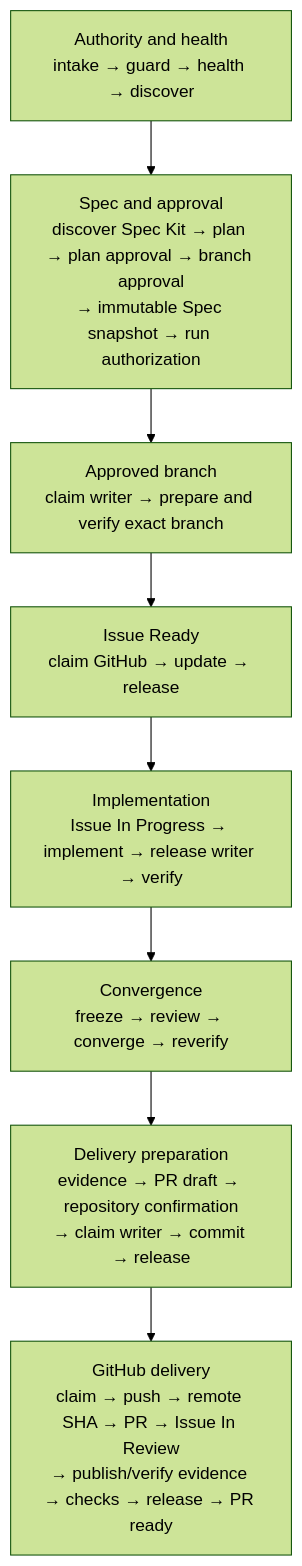
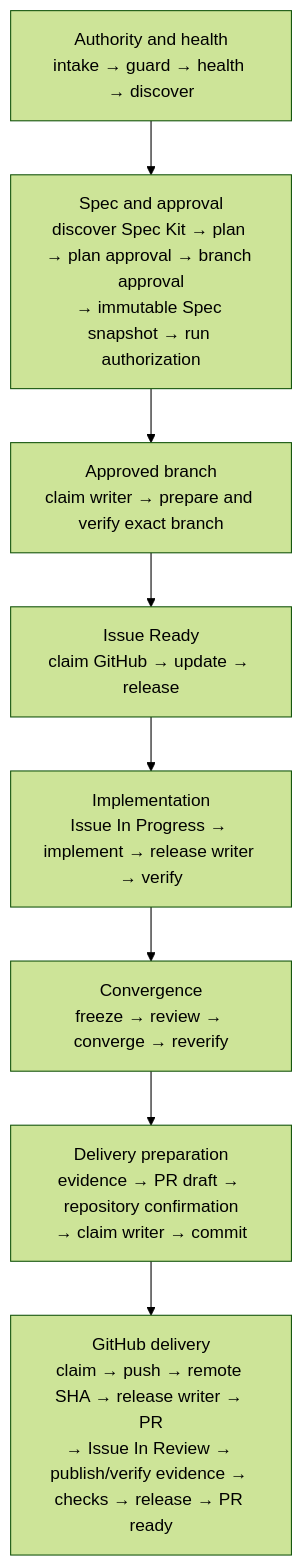
One commit to ShawnBaek/ai-workflow-apple-platform-engineer changed the diagram in skills/agent-harness/references/architecture.md. Above: the diagram before and after it, drawn with Mermaid (forest theme). The commit also changed other lines of this file and 40 other files, not shown here.

````diff
--- a/skills/agent-harness/references/architecture.md
+++ b/skills/agent-harness/references/architecture.md
@@ -32,12 +39,12 @@
 ```mermaid
 flowchart TB
     A["Authority and health<br/>intake → guard → health → discover"]
     S["Spec and approval<br/>discover Spec Kit → plan → plan approval → branch approval<br/>→ immutable Spec snapshot → run authorization"]
     B["Approved branch<br/>claim writer → prepare and verify exact branch"]
     T["Issue Ready<br/>claim GitHub → update → release"]
     I["Implementation<br/>Issue In Progress → implement → release writer → verify"]
     R["Convergence<br/>freeze → review → converge → reverify"]
-    D["Delivery preparation<br/>evidence → PR draft → repository confirmation<br/>→ claim writer → commit → release"]
-    G["GitHub delivery<br/>claim → push → remote SHA → PR → Issue In Review<br/>→ publish/verify evidence → checks → release → PR ready"]
+    D["Delivery preparation<br/>evidence → PR draft → repository confirmation<br/>→ claim writer → commit"]
+    G["GitHub delivery<br/>claim → push → remote SHA → release writer → PR<br/>→ Issue In Review → publish/verify evidence → checks → release → PR ready"]
     A --> S --> B --> T --> I --> R --> D --> G
 ```
````
